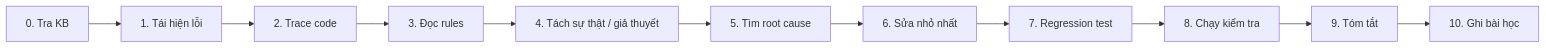
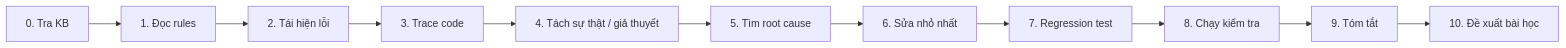
One commit to phthuan/Cadena.AI-Engineering changed the fourth of 5 diagrams in docs/execution-flow.md. Above: the diagram before and after it, drawn with Mermaid. The commit also changed other lines of this file and 79 other files, not shown here.

````diff
--- a/docs/execution-flow.md
+++ b/docs/execution-flow.md
@@ -110,6 +110,6 @@
 ```mermaid
 flowchart LR
-    A0["0. Tra KB"] --> A1["1. Tái hiện lỗi"] --> A2["2. Trace code"] --> A3["3. Đọc rules"]
+    A0["0. Tra KB"] --> A1["1. Đọc rules"] --> A2["2. Tái hiện lỗi"] --> A3["3. Trace code"]
     A3 --> A4["4. Tách sự thật / giả thuyết"] --> A5["5. Tìm root cause"] --> A6["6. Sửa nhỏ nhất"]
-    A6 --> A7["7. Regression test"] --> A8["8. Chạy kiểm tra"] --> A9["9. Tóm tắt"] --> A10["10. Ghi bài học"]
+    A6 --> A7["7. Regression test"] --> A8["8. Chạy kiểm tra"] --> A9["9. Tóm tắt"] --> A10["10. Đề xuất bài học"]
 ```
````
